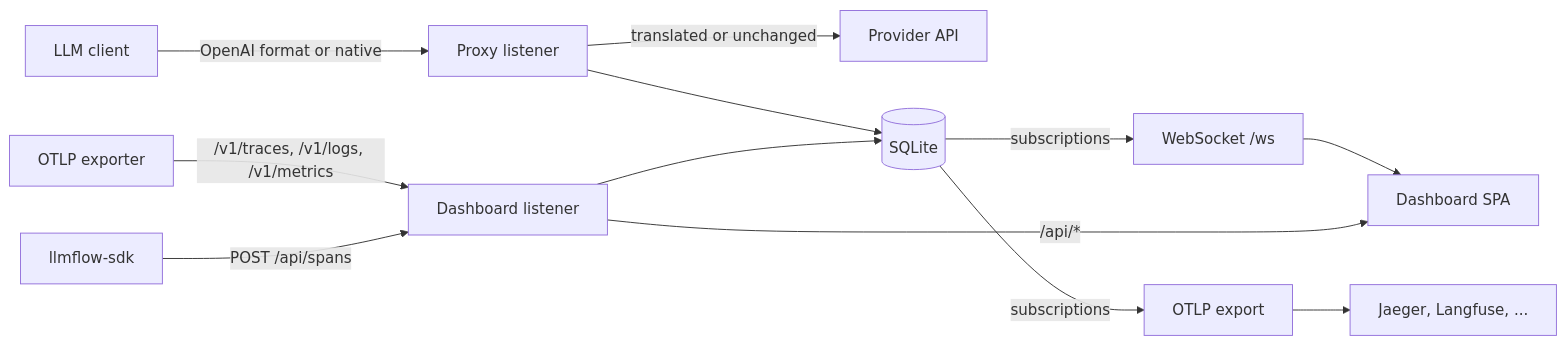
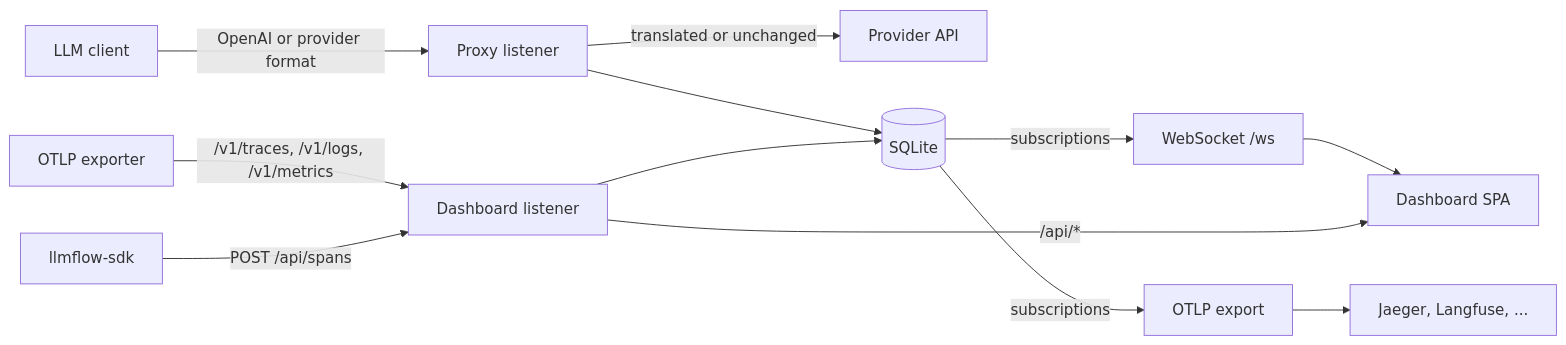
Before and after one commit to HelgeSverre/llmflow: the first of 3 diagrams in ARCHITECTURE.md, drawn with Mermaid. The commit also changed other lines of this file and 2 other files, not shown here.

First line of the commit message:
Add the domain glossary (CONTEXT.md); ARCHITECTURE.md and AGENTS.md point to it

````diff
--- a/ARCHITECTURE.md
+++ b/ARCHITECTURE.md
@@ -22,14 +22,14 @@
 ```mermaid
 flowchart LR
-    app[LLM client] -->|OpenAI format or native| proxy[Proxy listener]
+    app[LLM client] -->|OpenAI or provider format| proxy[Proxy listener]
     proxy -->|translated or unchanged| upstream[Provider API]
     otel[OTLP exporter] -->|/v1/traces, /v1/logs, /v1/metrics| dash[Dashboard listener]
     sdk[llmflow-sdk] -->|POST /api/spans| dash
     proxy --> db[(SQLite)]
     dash --> db
     db -->|subscriptions| live[WebSocket /ws]
     db -->|subscriptions| export[OTLP export]
     export --> backend[Jaeger, Langfuse, ...]
     live --> ui[Dashboard SPA]
     dash -->|/api/*| ui
 ```
````
